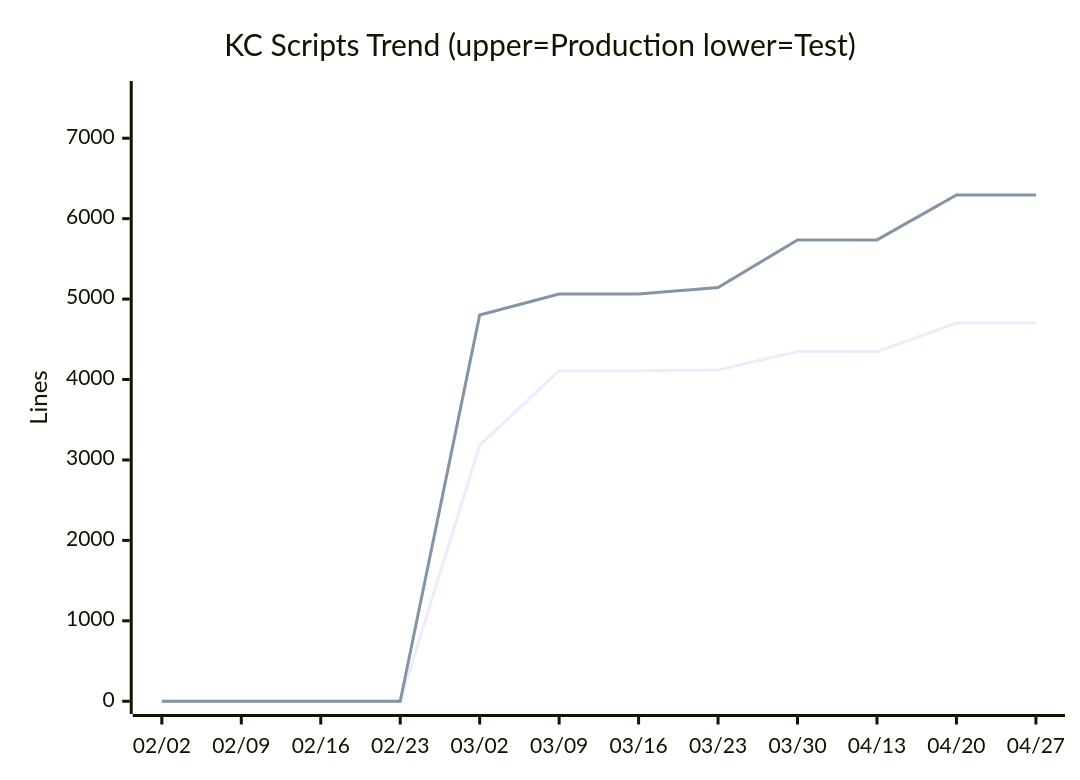
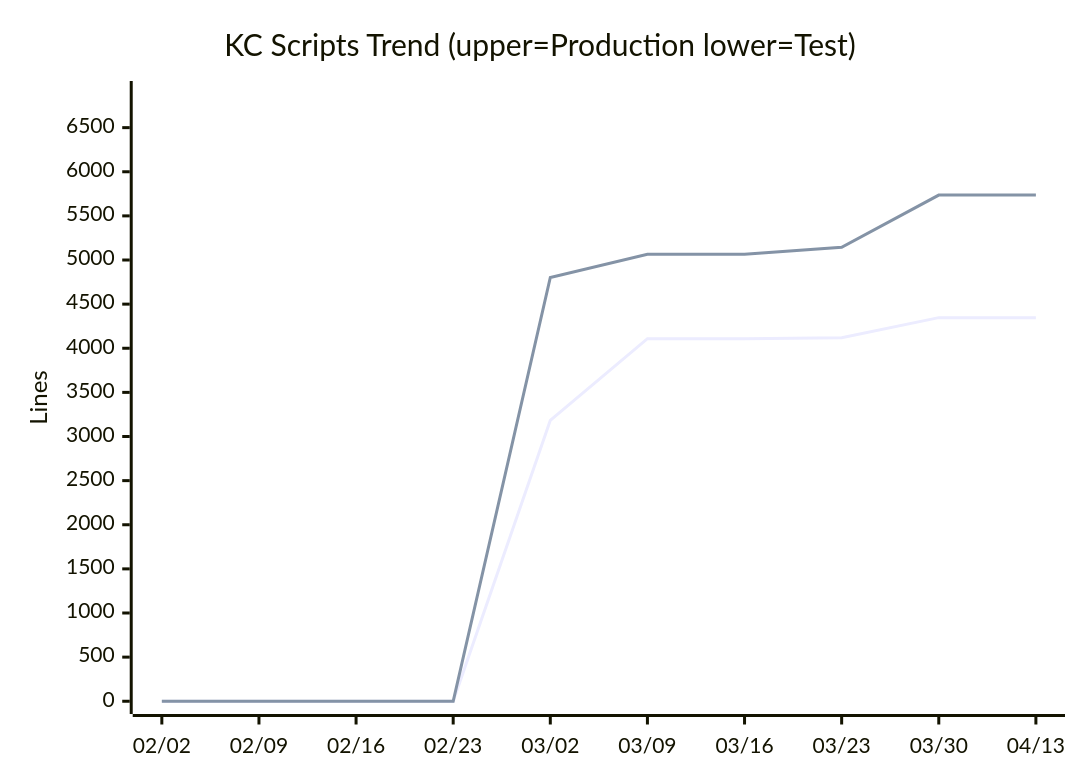
One commit to nablarch/nabledge-dev changed diagram 11 of 14 in docs/metrics.md. Above: the diagram before and after it, drawn with Mermaid. The commit also changed other lines of this file and 13372 other files, not shown here.

````diff
--- a/docs/metrics.md
+++ b/docs/metrics.md
@@ -144,8 +142,8 @@
 ```mermaid
 xychart-beta
   title "KC Scripts Trend (upper=Production  lower=Test)"
-  x-axis ["02/02", "02/09", "02/16", "02/23", "03/02", "03/09", "03/16", "03/23", "03/30", "04/13", "04/20", "04/27"]
-  y-axis "Lines" 0 --> 7553
-  line [0, 0, 0, 0, 3183, 4109, 4109, 4119, 4347, 4347, 4703, 4703]
-  line [0, 0, 0, 0, 4802, 5064, 5064, 5145, 5736, 5736, 6294, 6294]
+  x-axis ["02/02", "02/09", "02/16", "02/23", "03/02", "03/09", "03/16", "03/23", "03/30", "04/13"]
+  y-axis "Lines" 0 --> 6884
+  line [0, 0, 0, 0, 3183, 4109, 4109, 4119, 4347, 4347]
+  line [0, 0, 0, 0, 4802, 5064, 5064, 5145, 5736, 5736]
 ```
````
